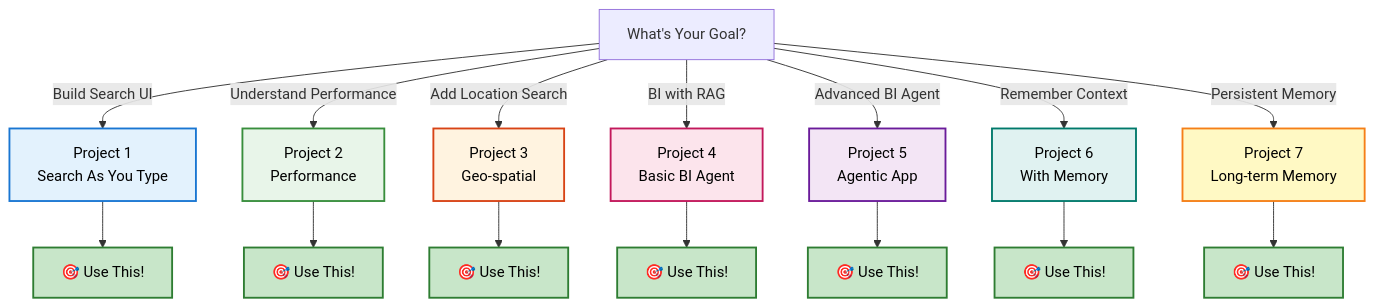
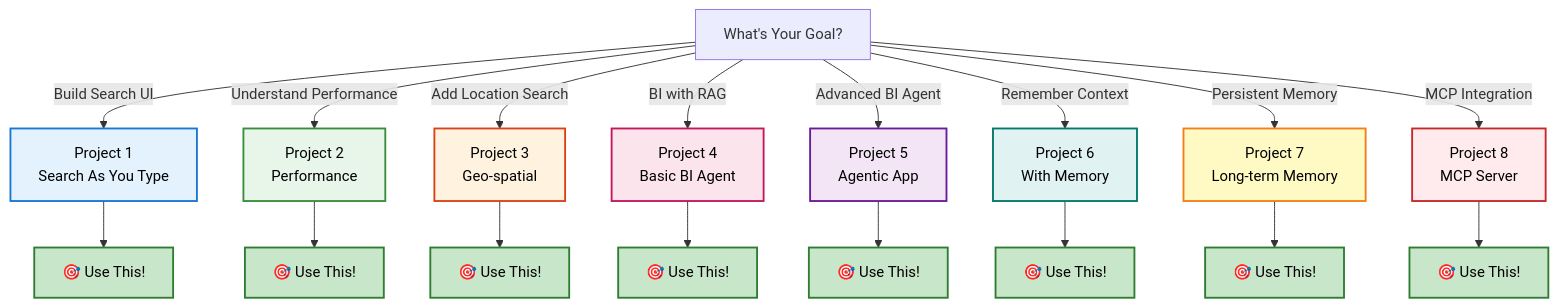
One commit to machzqcq/elasticsearch_opensearch changed the third of 6 diagrams in 6. REALTIME_PROJECTS/DOCUMENTATION_INDEX.md. Above: the diagram before and after it, drawn with Mermaid. The commit also changed other lines of this file and 31 other files, not shown here.

````diff
--- a/6. REALTIME_PROJECTS/DOCUMENTATION_INDEX.md
+++ b/6. REALTIME_PROJECTS/DOCUMENTATION_INDEX.md
@@ -330,38 +382,42 @@
 ```mermaid
 graph TD
     Goal["What's Your Goal?"]
     
     Goal -->|Build Search UI| P1["Project 1<br/>Search As You Type"]
     Goal -->|Understand Performance| P2["Project 2<br/>Performance"]
     Goal -->|Add Location Search| P3["Project 3<br/>Geo-spatial"]
     Goal -->|BI with RAG| P4["Project 4<br/>Basic BI Agent"]
     Goal -->|Advanced BI Agent| P5["Project 5<br/>Agentic App"]
     Goal -->|Remember Context| P6["Project 6<br/>With Memory"]
     Goal -->|Persistent Memory| P7["Project 7<br/>Long-term Memory"]
+    Goal -->|MCP Integration| P8["Project 8<br/>MCP Server"]
     
     P1 --> Use1["🎯 Use This!"]
     P2 --> Use2["🎯 Use This!"]
     P3 --> Use3["🎯 Use This!"]
     P4 --> Use4["🎯 Use This!"]
     P5 --> Use5["🎯 Use This!"]
     P6 --> Use6["🎯 Use This!"]
     P7 --> Use7["🎯 Use This!"]
+    P8 --> Use8["🎯 Use This!"]
     
     classDef p1 fill:#e3f2fd,stroke:#1976d2,stroke-width:2px,color:#000
     classDef p2 fill:#e8f5e9,stroke:#388e3c,stroke-width:2px,color:#000
     classDef p3 fill:#fff3e0,stroke:#d84315,stroke-width:2px,color:#000
     classDef p4 fill:#fce4ec,stroke:#c2185b,stroke-width:2px,color:#000
     classDef p5 fill:#f3e5f5,stroke:#6a1b9a,stroke-width:2px,color:#000
     classDef p6 fill:#e0f2f1,stroke:#00796b,stroke-width:2px,color:#000
     classDef p7 fill:#fff9c4,stroke:#f57f17,stroke-width:2px,color:#000
+    classDef p8 fill:#ffebee,stroke:#c62828,stroke-width:2px,color:#000
     classDef use fill:#c8e6c9,stroke:#2e7d32,stroke-width:2px,color:#000
     
     class P1 p1
     class P2 p2
     class P3 p3
     class P4 p4
     class P5 p5
     class P6 p6
     class P7 p7
-    class Use1,Use2,Use3,Use4,Use5,Use6,Use7 use
+    class P8 p8
+    class Use1,Use2,Use3,Use4,Use5,Use6,Use7,Use8 use
 ```
````
